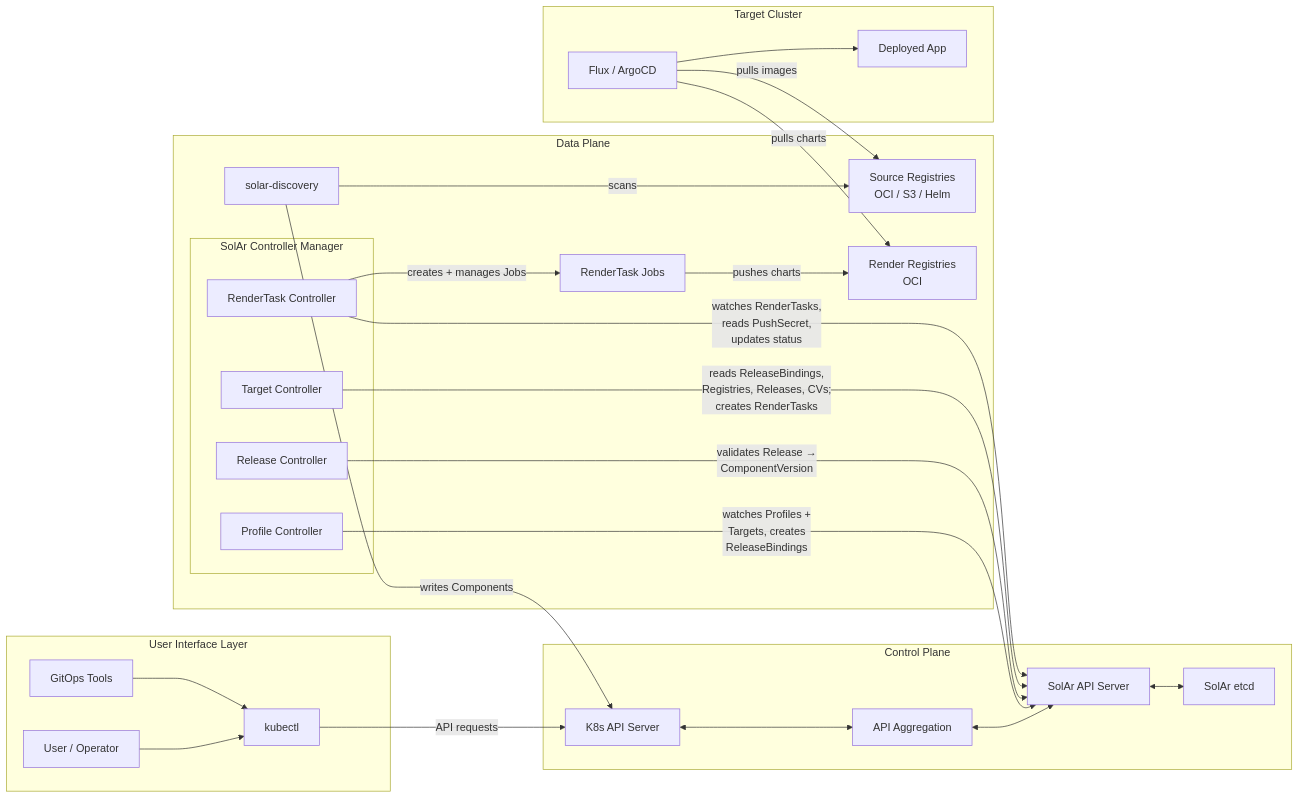
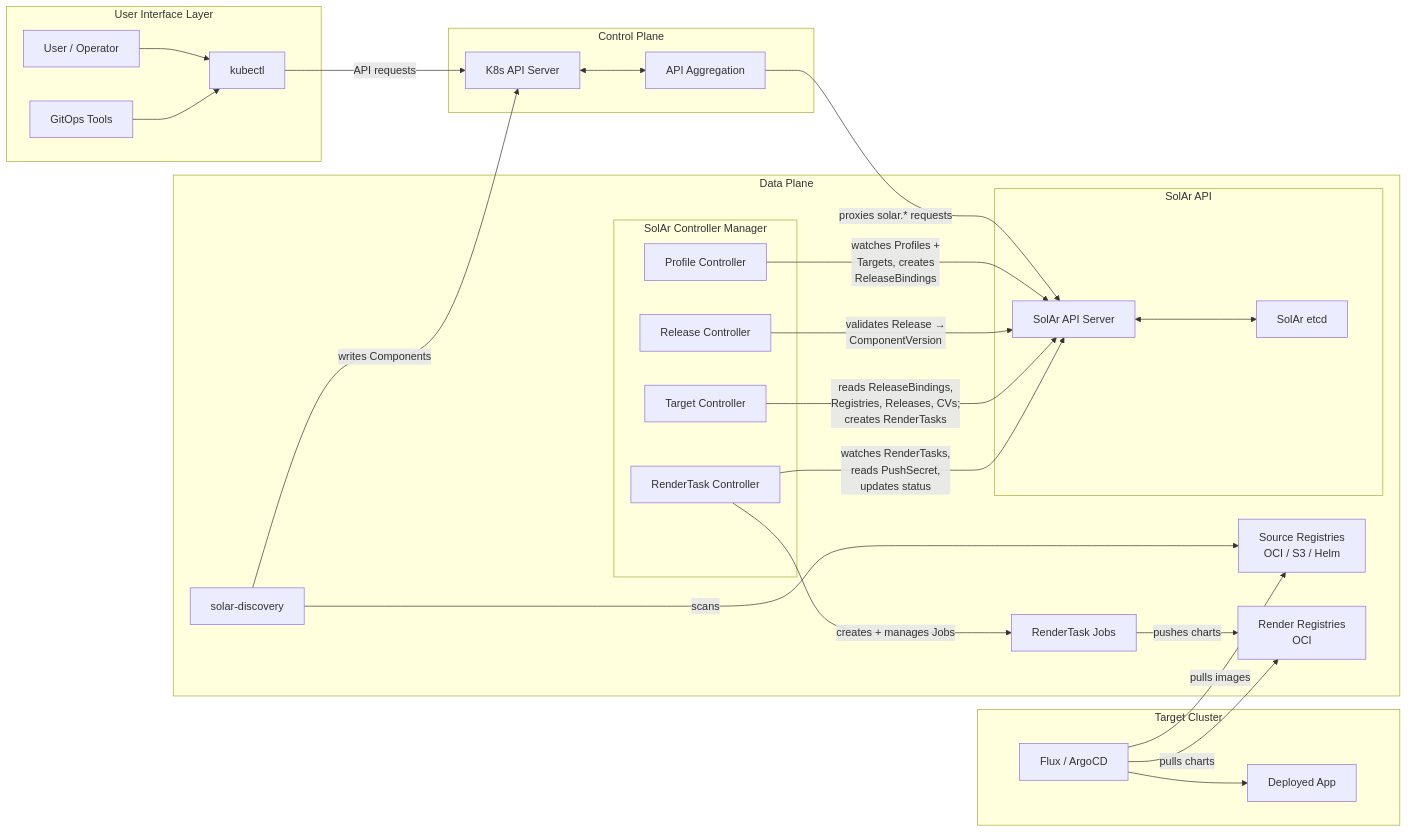
One commit to opendefensecloud/solution-arsenal changed the first of 2 diagrams in docs/developer-guide/architecture.md. Above: the diagram before and after it, drawn with Mermaid.

Commit message:
fix: diagram, entities in data plane

````diff
--- a/docs/developer-guide/architecture.md
+++ b/docs/developer-guide/architecture.md
@@ -5,54 +5,56 @@
 ```mermaid
 graph LR
     subgraph UI["User Interface Layer"]
         User["User / Operator"]
         Kubectl["kubectl"]
         GitOps["GitOps Tools"]
         User --> Kubectl
         GitOps --> Kubectl
     end
 
     subgraph CP["Control Plane"]
         K8sAPI["K8s API Server"]
         APIAgg["API Aggregation"]
-        SOLARAPI["SolAr API Server"]
-        SOLARETCD["SolAr etcd"]
         K8sAPI <--> APIAgg
-        APIAgg <--> SOLARAPI
-        SOLARAPI <--> SOLARETCD
     end
 
     subgraph DP["Data Plane"]
+        subgraph SolArAPI["SolAr API"]
+            SOLARAPI["SolAr API Server"]
+            SOLARETCD["SolAr etcd"]
+            SOLARAPI <--> SOLARETCD
+        end
         subgraph Controllers["SolAr Controller Manager"]
             TargetCtrl["Target Controller"]
             ReleaseCtrl["Release Controller"]
             ProfileCtrl["Profile Controller"]
             RenderTaskCtrl["RenderTask Controller"]
         end
         Discovery["solar-discovery"]
         RenderJob["RenderTask Jobs"]
         SrcReg["Source Registries<br/>OCI / S3 / Helm"]
         DstReg["Render Registries<br/>OCI"]
     end
 
     subgraph TC["Target Cluster"]
         Flux["Flux / ArgoCD"]
         App["Deployed App"]
         Flux --> App
     end
 
     Kubectl -->|"API requests"| K8sAPI
+    APIAgg -->|"proxies solar.* requests"| SOLARAPI
 
     ProfileCtrl -->|"watches Profiles +<br/>Targets, creates<br/>ReleaseBindings"| SOLARAPI
     ReleaseCtrl -->|"validates Release →<br/>ComponentVersion"| SOLARAPI
     TargetCtrl -->|"reads ReleaseBindings,<br/>Registries, Releases, CVs;<br/>creates RenderTasks"| SOLARAPI
     RenderTaskCtrl -->|"watches RenderTasks,<br/>reads PushSecret,<br/>updates status"| SOLARAPI
     RenderTaskCtrl -->|"creates + manages Jobs"| RenderJob
 
     Discovery -->|"scans"| SrcReg
     Discovery -->|"writes Components"| K8sAPI
     RenderJob -->|"pushes charts"| DstReg
 
     Flux -->|"pulls charts"| DstReg
     Flux -->|"pulls images"| SrcReg
 ```
````
